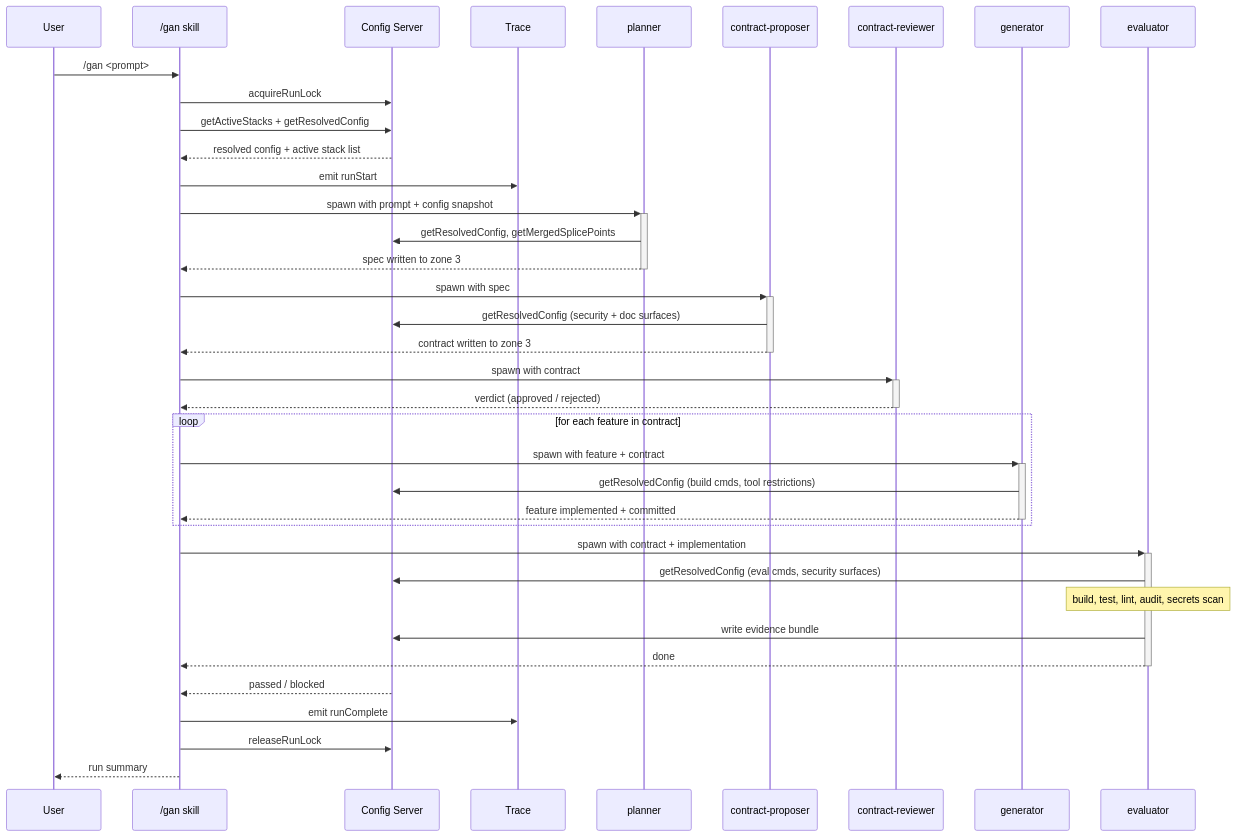
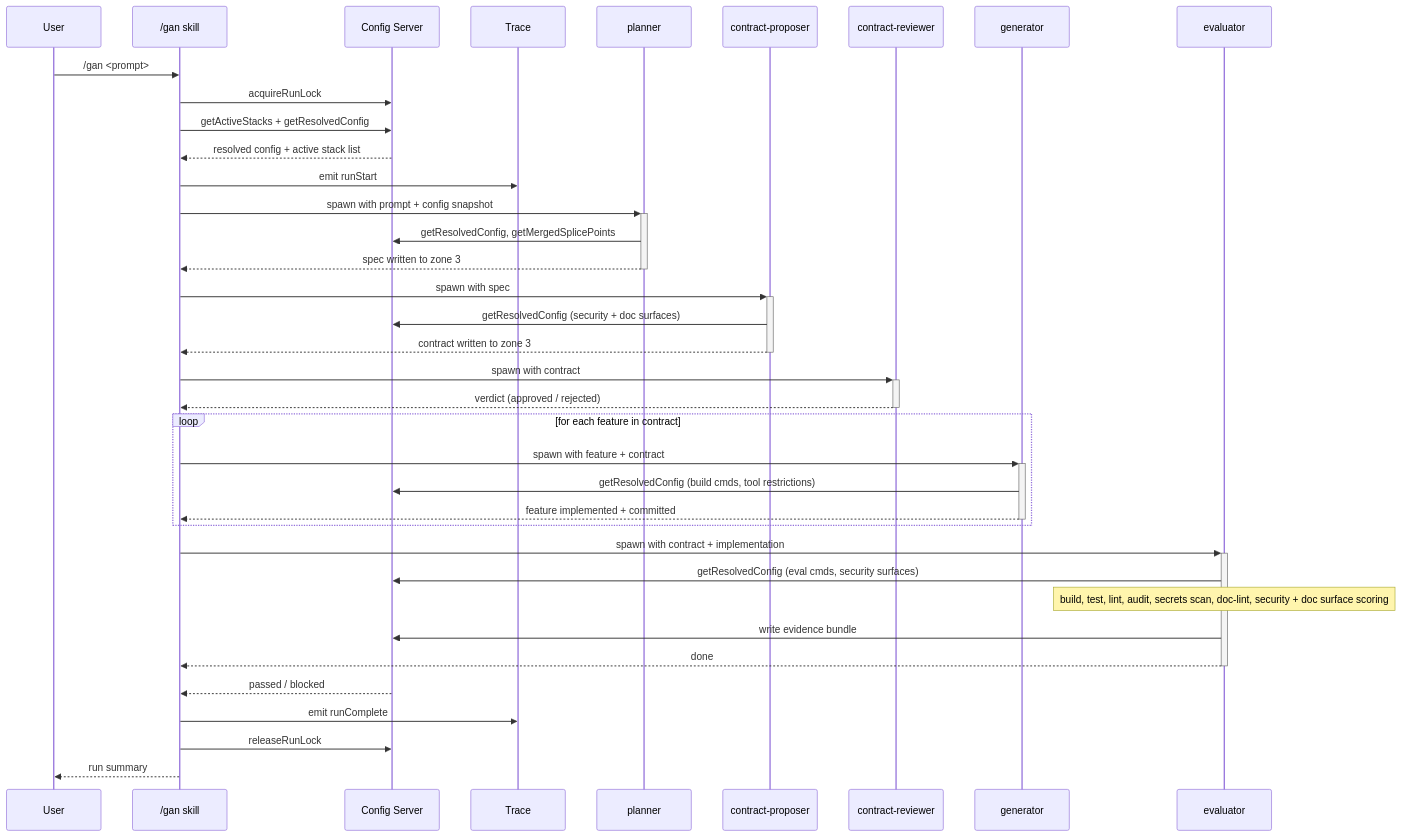
One commit to Thomas-AppForceOne/ClaudeAgents changed the second of 4 diagrams in documentation/system-overview.md. Above: the diagram before and after it, drawn with Mermaid. The commit also changed 28 other files, not shown here.

````diff
--- a/documentation/system-overview.md
+++ b/documentation/system-overview.md
@@ -74,46 +74,46 @@
 ```mermaid
 sequenceDiagram
     participant U as User
     participant SK as /gan skill
     participant CS as Config Server
     participant TR as Trace
     participant PL as planner
     participant CP as contract-proposer
     participant CR as contract-reviewer
     participant GN as generator
     participant EV as evaluator
 
     U->>SK: /gan <prompt>
     SK->>CS: acquireRunLock
     SK->>CS: getActiveStacks + getResolvedConfig
     CS-->>SK: resolved config + active stack list
     SK->>TR: emit runStart
 
     SK->>+PL: spawn with prompt + config snapshot
     PL->>CS: getResolvedConfig, getMergedSplicePoints
     PL-->>-SK: spec written to zone 3
 
     SK->>+CP: spawn with spec
     CP->>CS: getResolvedConfig (security + doc surfaces)
     CP-->>-SK: contract written to zone 3
 
     SK->>+CR: spawn with contract
     CR-->>-SK: verdict (approved / rejected)
 
     loop for each feature in contract
         SK->>+GN: spawn with feature + contract
         GN->>CS: getResolvedConfig (build cmds, tool restrictions)
         GN-->>-SK: feature implemented + committed
     end
 
     SK->>+EV: spawn with contract + implementation
     EV->>CS: getResolvedConfig (eval cmds, security surfaces)
-    Note over EV: build, test, lint, audit, secrets scan
+    Note over EV: build, test, lint, audit, secrets scan, doc-lint, security + doc surface scoring
     EV->>CS: write evidence bundle
     EV-->>-SK: done
     CS-->>SK: passed / blocked
 
     SK->>TR: emit runComplete
     SK->>CS: releaseRunLock
     SK-->>U: run summary
 ```
````
